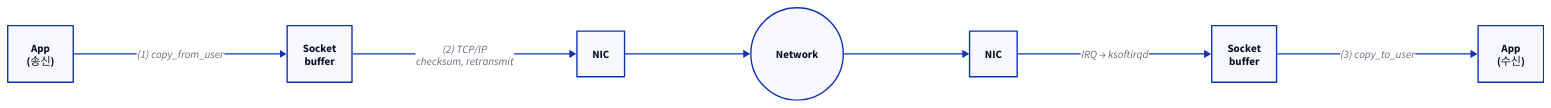
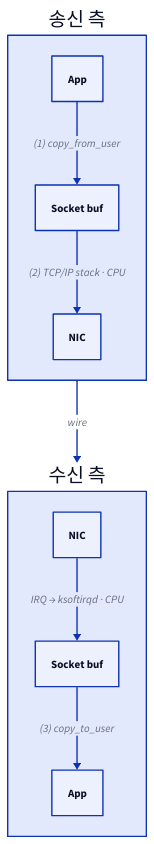
The fifth of 7 diagrams in topics/rdma/docs/01_rdma_motivation.md (humbleowl39/DV_SKOOL), drawn with D2 before and after one commit. The commit also changed other lines of this file and 90 other files, not shown here.

First line of the commit message:
docs: 전 토픽 다이어그램 정비 — ASCII→D2, mermaid→D2, 과대 D2 가시성 수정

````diff
--- a/topics/rdma/docs/01_rdma_motivation.md
+++ b/topics/rdma/docs/01_rdma_motivation.md
@@ -353,18 +356,21 @@
 ```d2
-direction: right
+direction: down
 
-AppS: "App\n(송신)"
-SBS: "Socket\nbuffer"
-NICS: NIC
-NET: Network { shape: circle }
-NICR: NIC
-SBR: "Socket\nbuffer"
-AppR: "App\n(수신)"
-
-AppS -> SBS: "(1) copy_from_user"
-SBS -> NICS: "(2) TCP/IP\nchecksum, retransmit"
-NICS -> NET
-NET -> NICR
-NICR -> SBR: "IRQ → ksoftirqd"
-SBR -> AppR: "(3) copy_to_user"
+TX: "송신 측" {
+  direction: right
+  AppS: "App"
+  SBS: "Socket buf"
+  NICS: NIC
+  AppS -> SBS: "(1) copy_from_user"
+  SBS -> NICS: "(2) TCP/IP stack · CPU"
+}
+RX: "수신 측" {
+  direction: right
+  NICR: NIC
+  SBR: "Socket buf"
+  AppR: "App"
+  NICR -> SBR: "IRQ → ksoftirqd · CPU"
+  SBR -> AppR: "(3) copy_to_user"
+}
+TX -> RX: "wire"
 ```
````
